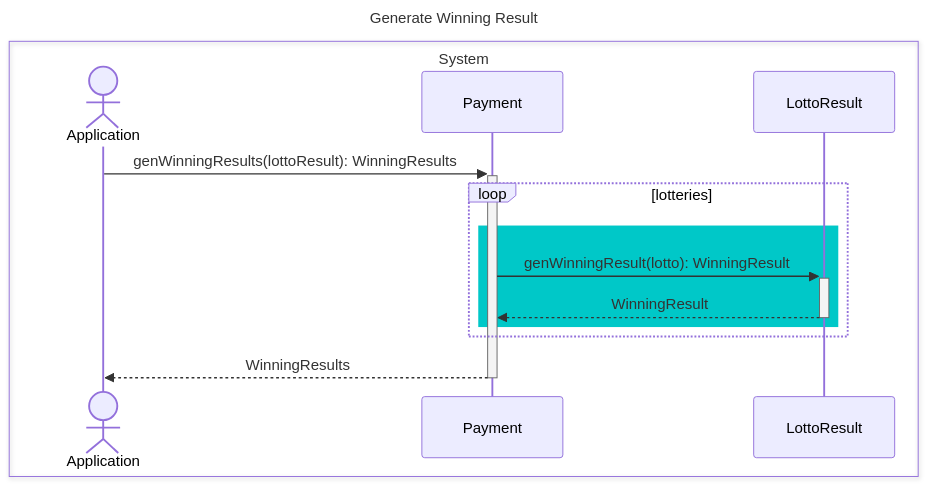
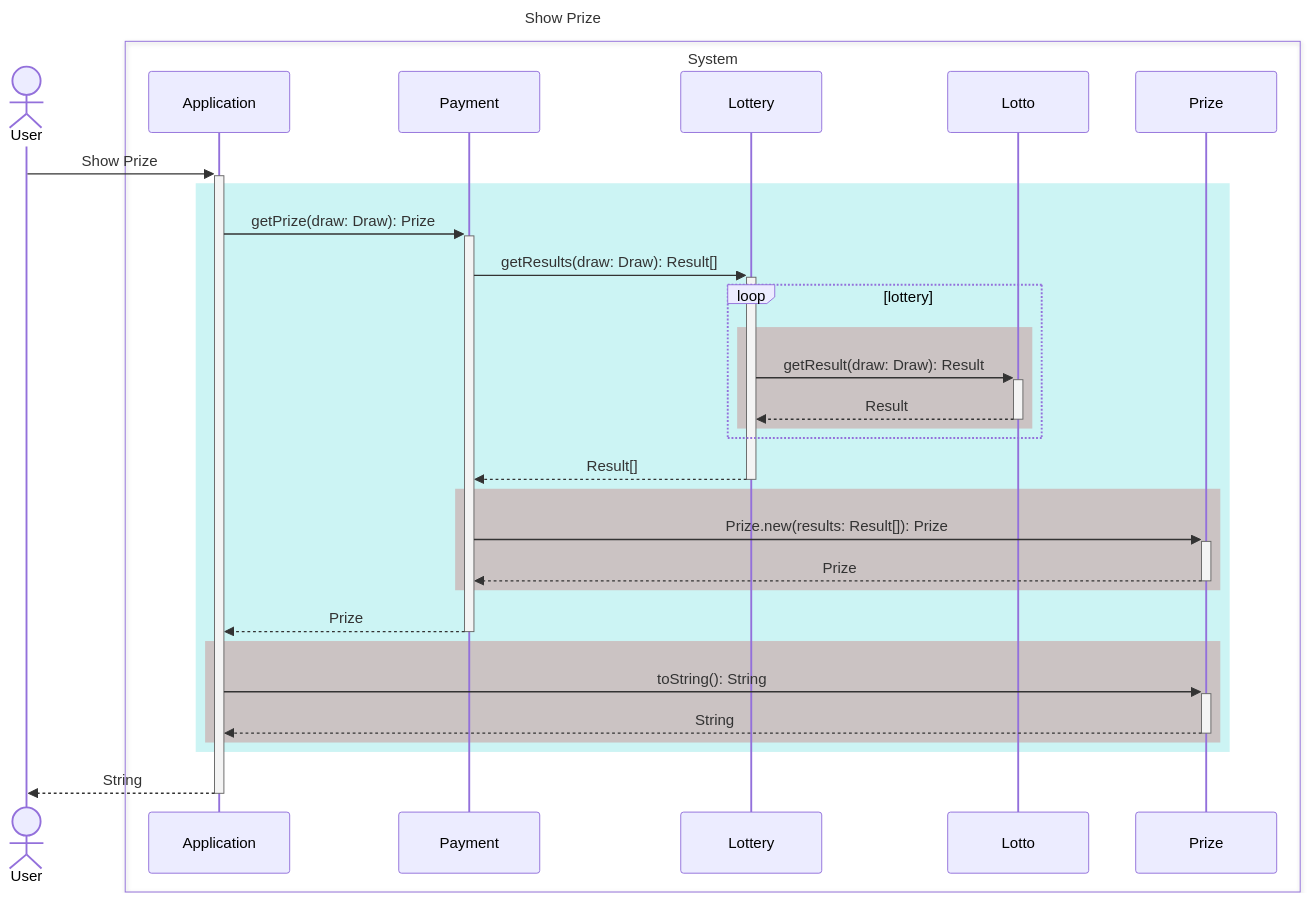
The fifth of 6 diagrams in docs/README.md (gdsc-konkuk/23-24_study_2nd_java-lotto-6), drawn with Mermaid before and after one commit. The commit also changed other lines of this file, not shown here.

````diff
--- a/docs/README.md
+++ b/docs/README.md
@@ -209,22 +234,40 @@
 ```mermaid
 ---
-title: Generate Winning Result
+title: Show Prize
 ---
 sequenceDiagram
+    actor User
     box System
-        actor Application
+        participant Application
         participant Payment
-        participant LottoResult
+        participant Lottery
+        participant Lotto
+        participant Prize
     end
 
-    Application ->>+ Payment: genWinningResults(lottoResult): WinningResults
+    User ->>+ Application: Show Prize
+    rect rgb(0, 200, 200, 0.2)
+        Application ->>+ Payment: getPrize(draw: Draw): Prize
+        Payment ->>+ Lottery: getResults(draw: Draw): Result[]
 
-    loop lotteries
-        rect rgb(0, 200, 200)
-            Payment ->>+ LottoResult: genWinningResult(lotto): WinningResult
-            LottoResult -->>- Payment: WinningResult
+        loop lottery
+            rect rgb(200, 0, 0, 0.2)
+                Lottery ->>+ Lotto: getResult(draw: Draw): Result
+                Lotto -->>- Lottery: Result
+            end
+        end
+        Lottery -->>- Payment: Result[]
+
+        rect rgb(200, 0, 0, 0.2)
+            Payment ->>+ Prize: Prize.new(results: Result[]): Prize
+            Prize -->>- Payment: Prize
+        end
+        Payment -->>- Application: Prize
+
+        rect rgb(200, 0, 0, 0.2)
+            Application ->>+ Prize: toString(): String
+            Prize -->>- Application: String
         end
     end
-
-    Payment -->>- Application: WinningResults
+    Application -->>- User: String
 ```
````
